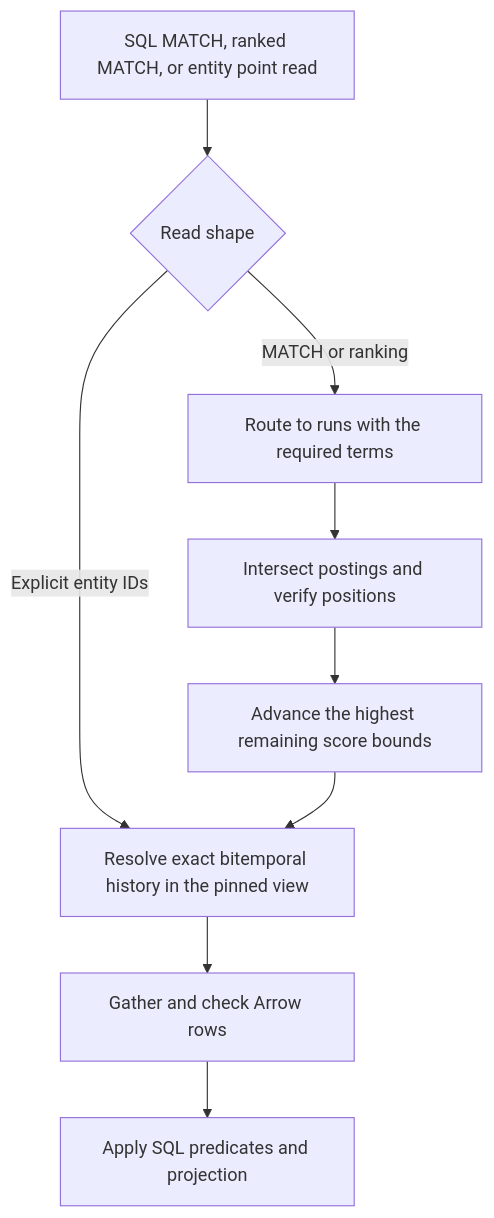
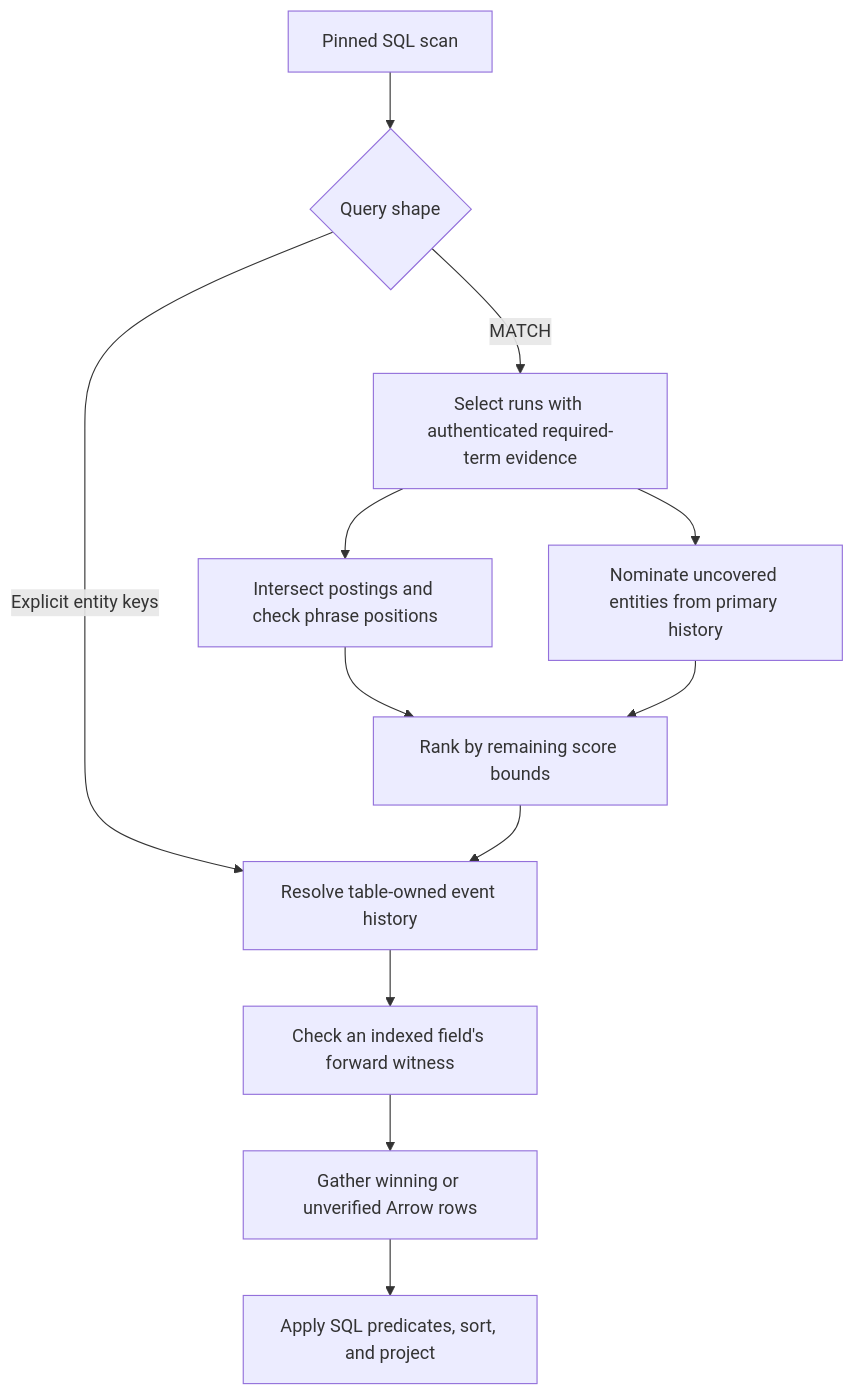
The second of 2 diagrams in dev/doc/rtdb-fts-logical-postings.md (bijectionhq/rtdb), drawn with Mermaid before and after one commit. The commit also changed other lines of this file and 75 other files, not shown here.

````diff
--- a/dev/doc/rtdb-fts-logical-postings.md
+++ b/dev/doc/rtdb-fts-logical-postings.md
@@ -73,16 +86,14 @@
 ```mermaid
 flowchart TD
-    Sql["SQL MATCH, ranked MATCH, or entity point read"]
-    Shape{"Read shape"}
-    Terms["Route to runs with the required terms"]
-    Intersect["Intersect postings and verify positions"]
-    Rank["Advance the highest remaining score bounds"]
-    Resolve["Resolve exact bitemporal history in the pinned view"]
-    Gather["Gather and check Arrow rows"]
-    Result["Apply SQL predicates and projection"]
-    Sql --> Shape
-    Shape -->|MATCH or ranking| Terms
-    Shape -->|Explicit entity IDs| Resolve
-    Terms --> Intersect --> Rank --> Resolve
-    Resolve --> Gather --> Result
+    SQL["Pinned SQL scan"] --> Shape{"Query shape"}
+    Shape -->|Explicit entity keys| Resolve["Resolve table-owned event history"]
+    Shape -->|MATCH| Route["Select runs with authenticated required-term evidence"]
+    Route --> Postings["Intersect postings and check phrase positions"]
+    Route --> Gap["Nominate uncovered entities from primary history"]
+    Postings --> Frontier["Rank by remaining score bounds"]
+    Gap --> Frontier
+    Frontier --> Resolve
+    Resolve --> Witness["Check an indexed field's forward witness"]
+    Witness --> Arrow["Gather winning or unverified Arrow rows"]
+    Arrow --> SQLResult["Apply SQL predicates, sort, and project"]
 ```
````
